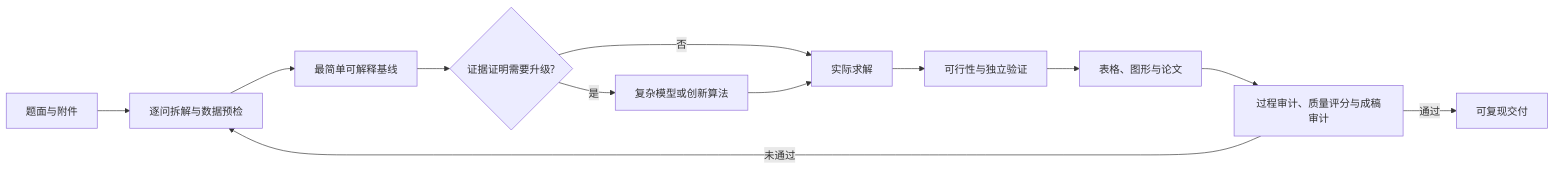
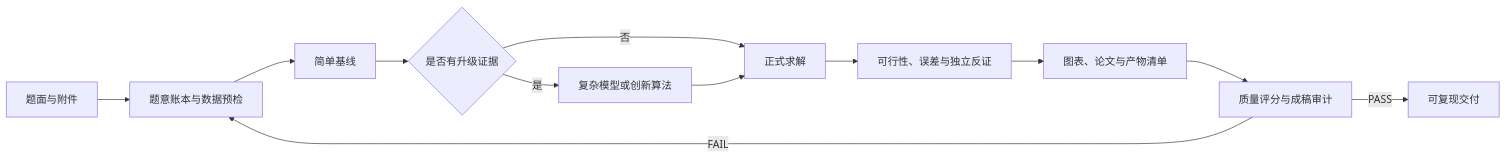
The second of 2 diagrams in README.md (sunrise690/math-modeling-expert-agent), drawn with Mermaid before and after one commit. The commit also changed other lines of this file, not shown here.

````diff
--- a/README.md
+++ b/README.md
@@ -77,14 +144,14 @@
 ```mermaid
 flowchart LR
-    A[题面与附件] --> B[逐问拆解与数据预检]
-    B --> C[最简单可解释基线]
-    C --> D{证据证明需要升级?}
-    D -- 否 --> F[实际求解]
-    D -- 是 --> E[复杂模型或创新算法]
+    A["题面与附件"] --> B["题意账本与数据预检"]
+    B --> C["简单基线"]
+    C --> D{"是否有升级证据"}
+    D -- "否" --> F["正式求解"]
+    D -- "是" --> E["复杂模型或创新算法"]
     E --> F
-    F --> G[可行性与独立验证]
-    G --> H[表格、图形与论文]
-    H --> I[过程审计、质量评分与成稿审计]
-    I -- 未通过 --> B
-    I -- 通过 --> J[可复现交付]
+    F --> G["可行性、误差与独立反证"]
+    G --> H["图表、论文与产物清单"]
+    H --> I["质量评分与成稿审计"]
+    I -- "FAIL" --> B
+    I -- "PASS" --> J["可复现交付"]
 ```
````
